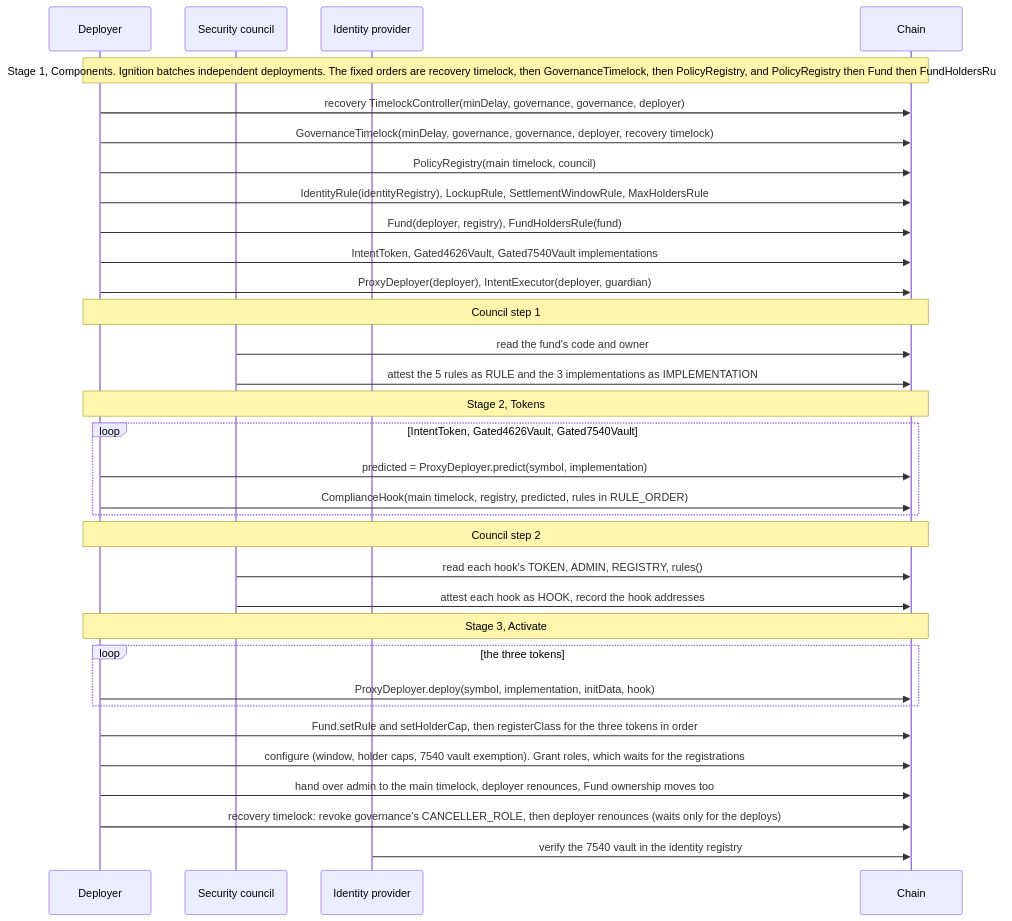
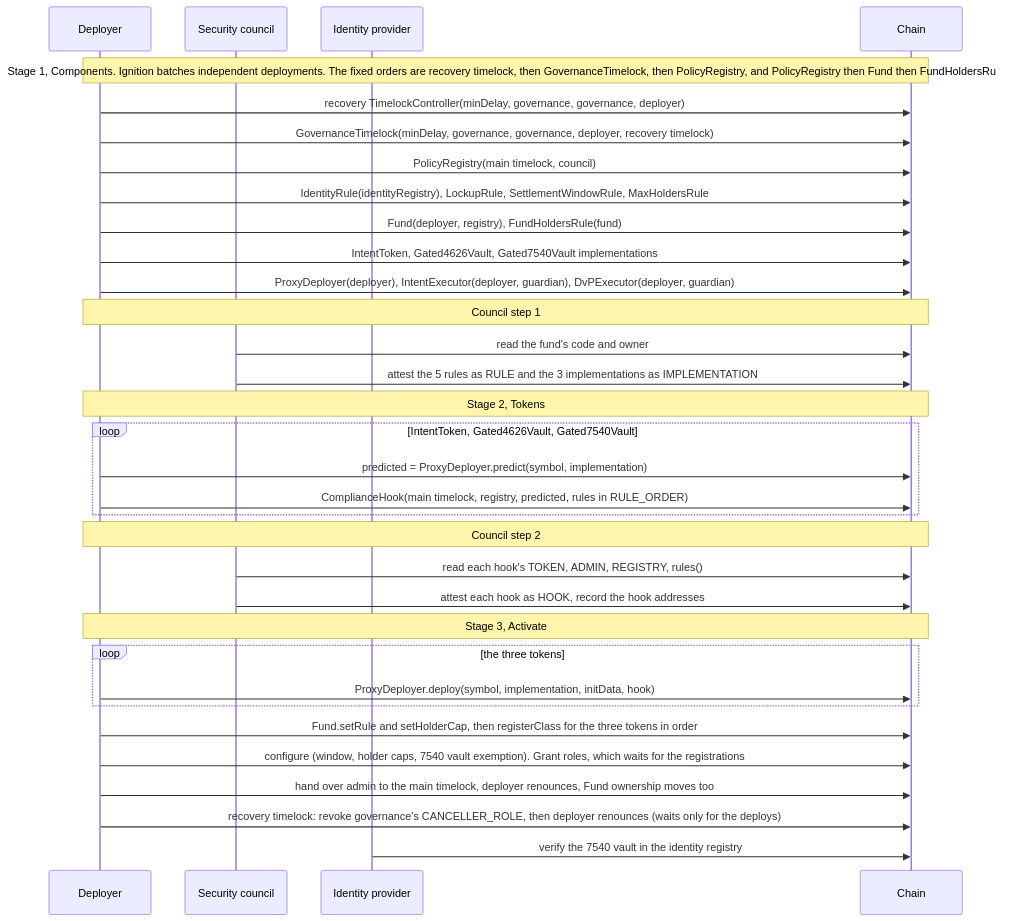
Before and after one commit to fepvenancio/rwa-token: the fifth of 5 diagrams in docs/governance-and-deployment.md, drawn with Mermaid. The commit also changed other lines of this file and 18 other files, not shown here.

````diff
--- a/docs/governance-and-deployment.md
+++ b/docs/governance-and-deployment.md
@@ -241,40 +242,40 @@
 ```mermaid
 sequenceDiagram
   participant D as Deployer
   participant Co as Security council
   participant IP as Identity provider
   participant Ch as Chain
 
   Note over D,Ch: Stage 1, Components. Ignition batches independent deployments. The fixed orders are recovery timelock, then GovernanceTimelock, then PolicyRegistry, and PolicyRegistry then Fund then FundHoldersRule
   D->>Ch: recovery TimelockController(minDelay, governance, governance, deployer)
   D->>Ch: GovernanceTimelock(minDelay, governance, governance, deployer, recovery timelock)
   D->>Ch: PolicyRegistry(main timelock, council)
   D->>Ch: IdentityRule(identityRegistry), LockupRule, SettlementWindowRule, MaxHoldersRule
   D->>Ch: Fund(deployer, registry), FundHoldersRule(fund)
   D->>Ch: IntentToken, Gated4626Vault, Gated7540Vault implementations
-  D->>Ch: ProxyDeployer(deployer), IntentExecutor(deployer, guardian)
+  D->>Ch: ProxyDeployer(deployer), IntentExecutor(deployer, guardian), DvPExecutor(deployer, guardian)
 
   Note over D,Ch: Council step 1
   Co->>Ch: read the fund's code and owner
   Co->>Ch: attest the 5 rules as RULE and the 3 implementations as IMPLEMENTATION
 
   Note over D,Ch: Stage 2, Tokens
   loop IntentToken, Gated4626Vault, Gated7540Vault
     D->>Ch: predicted = ProxyDeployer.predict(symbol, implementation)
     D->>Ch: ComplianceHook(main timelock, registry, predicted, rules in RULE_ORDER)
   end
 
   Note over D,Ch: Council step 2
   Co->>Ch: read each hook's TOKEN, ADMIN, REGISTRY, rules()
   Co->>Ch: attest each hook as HOOK, record the hook addresses
 
   Note over D,Ch: Stage 3, Activate
   loop the three tokens
     D->>Ch: ProxyDeployer.deploy(symbol, implementation, initData, hook)
   end
   D->>Ch: Fund.setRule and setHolderCap, then registerClass for the three tokens in order
   D->>Ch: configure (window, holder caps, 7540 vault exemption). Grant roles, which waits for the registrations
   D->>Ch: hand over admin to the main timelock, deployer renounces, Fund ownership moves too
   D->>Ch: recovery timelock: revoke governance's CANCELLER_ROLE, then deployer renounces (waits only for the deploys)
   IP->>Ch: verify the 7540 vault in the identity registry
 ```
````
